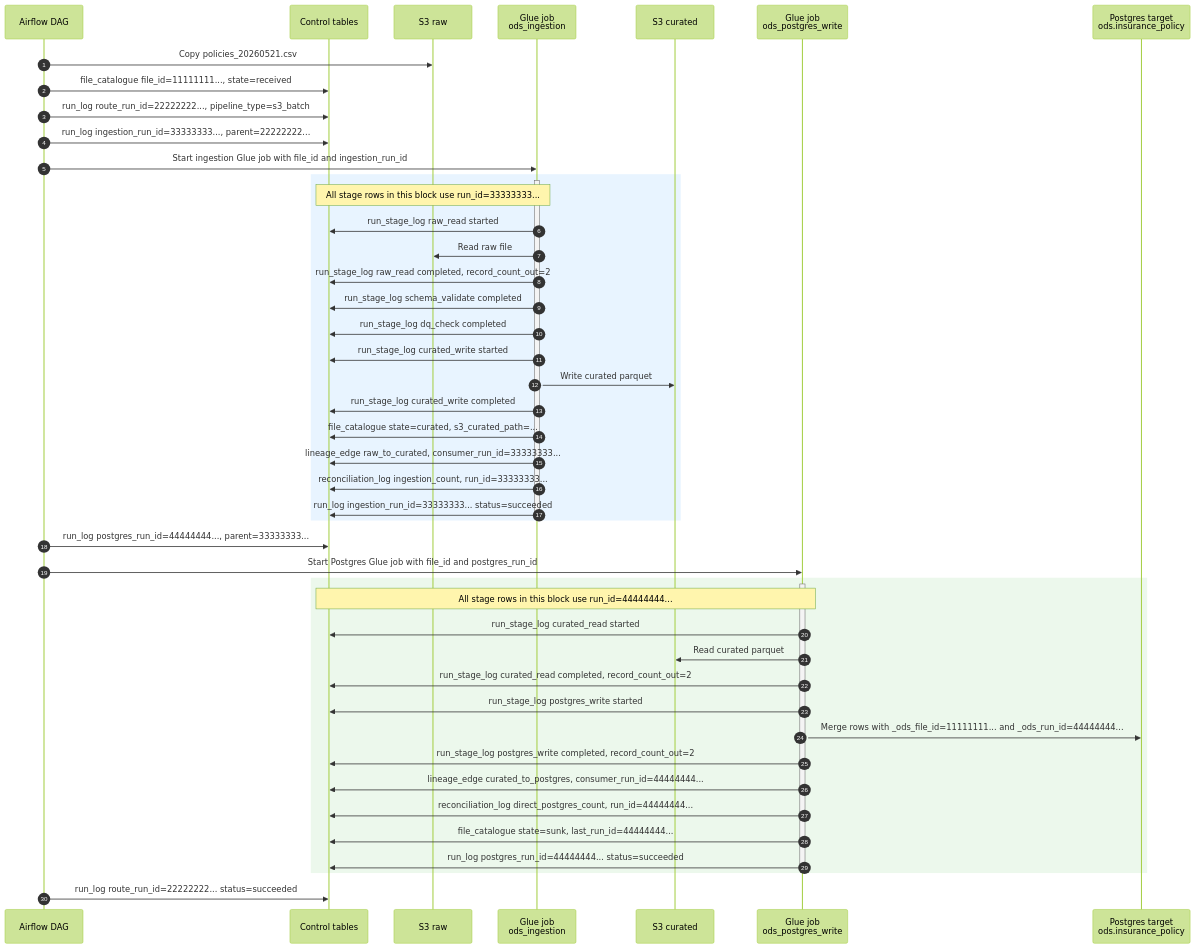
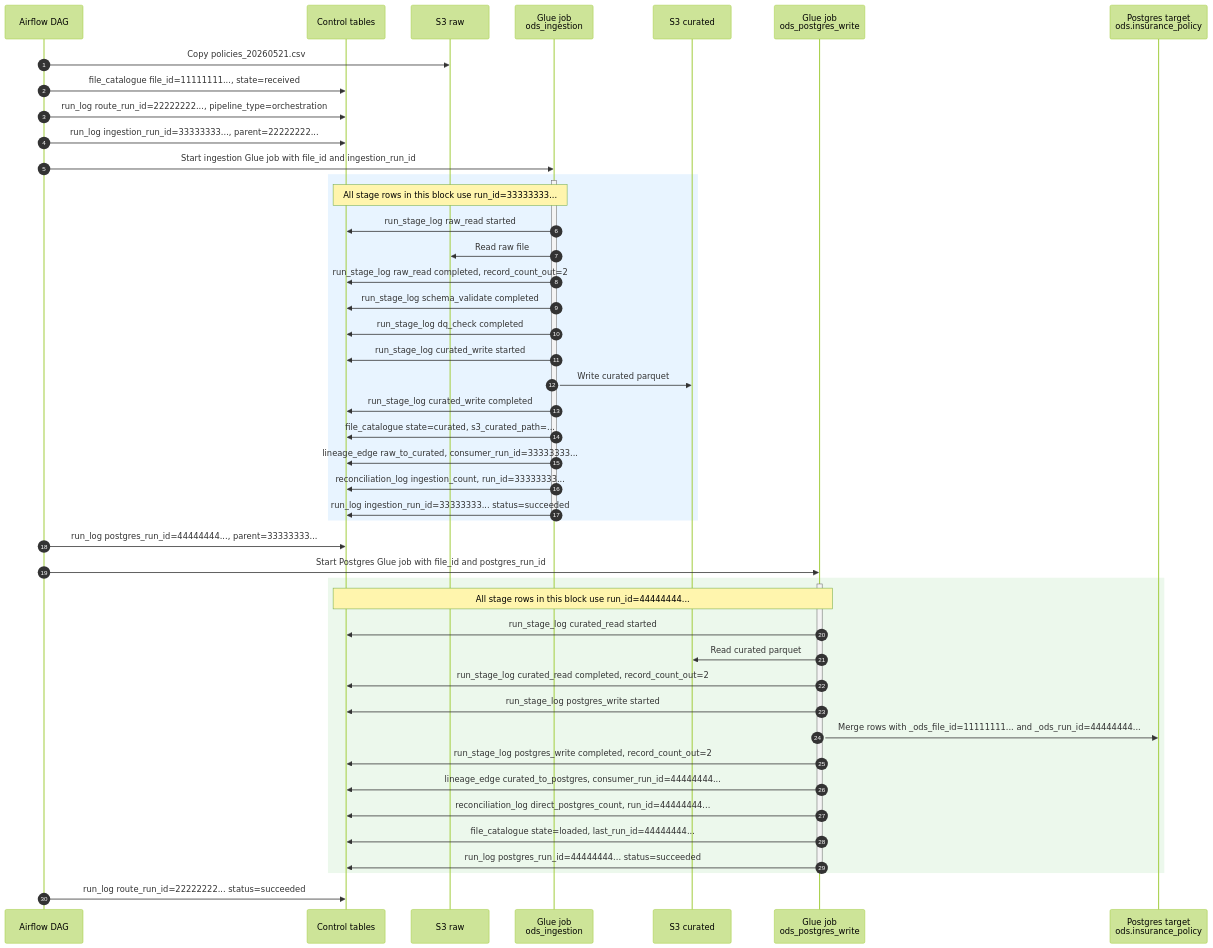
Before and after one commit to holdersav20001/ods: the second of 3 diagrams in docs/dev-guides/raw-to-postgres-table-data.md, drawn with Mermaid (forest theme). The commit also changed other lines of this file and 63 other files, not shown here.

````diff
--- a/docs/dev-guides/raw-to-postgres-table-data.md
+++ b/docs/dev-guides/raw-to-postgres-table-data.md
@@ -313,56 +313,56 @@
 ```mermaid
 sequenceDiagram
     autonumber
     participant Airflow as Airflow DAG
     participant CT as Control tables
     participant Raw as S3 raw
     participant GI as Glue job<br/>ods_ingestion
     participant Curated as S3 curated
     participant GP as Glue job<br/>ods_postgres_write
     participant Target as Postgres target<br/>ods.insurance_policy
 
     Airflow->>Raw: Copy policies_20260521.csv
     Airflow->>CT: file_catalogue file_id=11111111..., state=received
-    Airflow->>CT: run_log route_run_id=22222222..., pipeline_type=s3_batch
+    Airflow->>CT: run_log route_run_id=22222222..., pipeline_type=orchestration
     Airflow->>CT: run_log ingestion_run_id=33333333..., parent=22222222...
     Airflow->>GI: Start ingestion Glue job with file_id and ingestion_run_id
 
     rect rgb(232, 244, 255)
     activate GI
     Note over GI,CT: All stage rows in this block use run_id=33333333...
     GI->>CT: run_stage_log raw_read started
     GI->>Raw: Read raw file
     GI->>CT: run_stage_log raw_read completed, record_count_out=2
     GI->>CT: run_stage_log schema_validate completed
     GI->>CT: run_stage_log dq_check completed
     GI->>CT: run_stage_log curated_write started
     GI->>Curated: Write curated parquet
     GI->>CT: run_stage_log curated_write completed
     GI->>CT: file_catalogue state=curated, s3_curated_path=...
     GI->>CT: lineage_edge raw_to_curated, consumer_run_id=33333333...
     GI->>CT: reconciliation_log ingestion_count, run_id=33333333...
     GI->>CT: run_log ingestion_run_id=33333333... status=succeeded
     deactivate GI
     end
 
     Airflow->>CT: run_log postgres_run_id=44444444..., parent=33333333...
     Airflow->>GP: Start Postgres Glue job with file_id and postgres_run_id
 
     rect rgb(236, 248, 236)
     activate GP
     Note over GP,CT: All stage rows in this block use run_id=44444444...
     GP->>CT: run_stage_log curated_read started
     GP->>Curated: Read curated parquet
     GP->>CT: run_stage_log curated_read completed, record_count_out=2
     GP->>CT: run_stage_log postgres_write started
     GP->>Target: Merge rows with _ods_file_id=11111111... and _ods_run_id=44444444...
     GP->>CT: run_stage_log postgres_write completed, record_count_out=2
     GP->>CT: lineage_edge curated_to_postgres, consumer_run_id=44444444...
     GP->>CT: reconciliation_log direct_postgres_count, run_id=44444444...
-    GP->>CT: file_catalogue state=sunk, last_run_id=44444444...
+    GP->>CT: file_catalogue state=loaded, last_run_id=44444444...
     GP->>CT: run_log postgres_run_id=44444444... status=succeeded
     deactivate GP
     end
 
     Airflow->>CT: run_log route_run_id=22222222... status=succeeded
 ```
````
